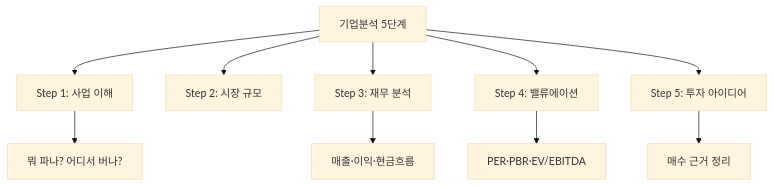
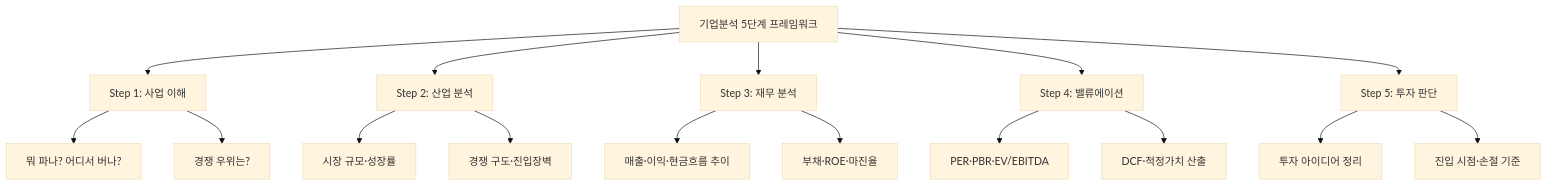
The diagram in content/stock-terms/ko/level-10-company-analysis/company-analysis-framework.md (yeongseon/stock-visual-note), drawn with Mermaid (base theme) before and after one commit. The commit also changed other lines of this file and 9 other files, not shown here.

Commit message:
content: rewrite level-10 (10 articles) — richer diagrams, realistic scenarios, blog tone

````diff
--- a/content/stock-terms/ko/level-10-company-analysis/company-analysis-framework.md
+++ b/content/stock-terms/ko/level-10-company-analysis/company-analysis-framework.md
@@ -42,13 +43,19 @@
 ```mermaid
 graph TD
-    A["기업분석 5단계"]
+    A["기업분석 5단계 프레임워크"]
     A --> S1["Step 1: 사업 이해"]
-    A --> S2["Step 2: 시장 규모"]
+    A --> S2["Step 2: 산업 분석"]
     A --> S3["Step 3: 재무 분석"]
     A --> S4["Step 4: 밸류에이션"]
-    A --> S5["Step 5: 투자 아이디어"]
+    A --> S5["Step 5: 투자 판단"]
     S1 --> S1a["뭐 파나? 어디서 버나?"]
-    S3 --> S3a["매출·이익·현금흐름"]
+    S1 --> S1b["경쟁 우위는?"]
+    S2 --> S2a["시장 규모·성장률"]
+    S2 --> S2b["경쟁 구도·진입장벽"]
+    S3 --> S3a["매출·이익·현금흐름 추이"]
+    S3 --> S3b["부채·ROE·마진율"]
     S4 --> S4a["PER·PBR·EV/EBITDA"]
-    S5 --> S5a["매수 근거 정리"]
+    S4 --> S4b["DCF·적정가치 산출"]
+    S5 --> S5a["투자 아이디어 정리"]
+    S5 --> S5b["진입 시점·손절 기준"]
 ```
````
